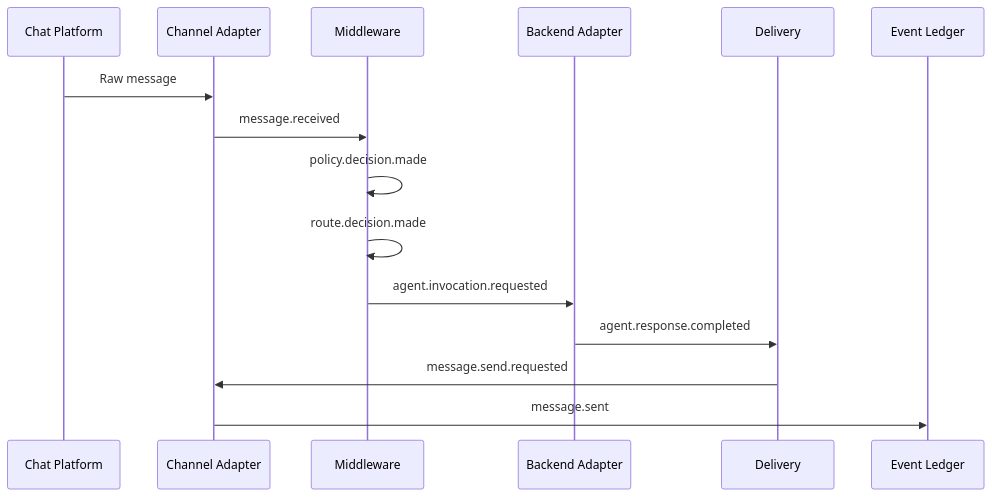
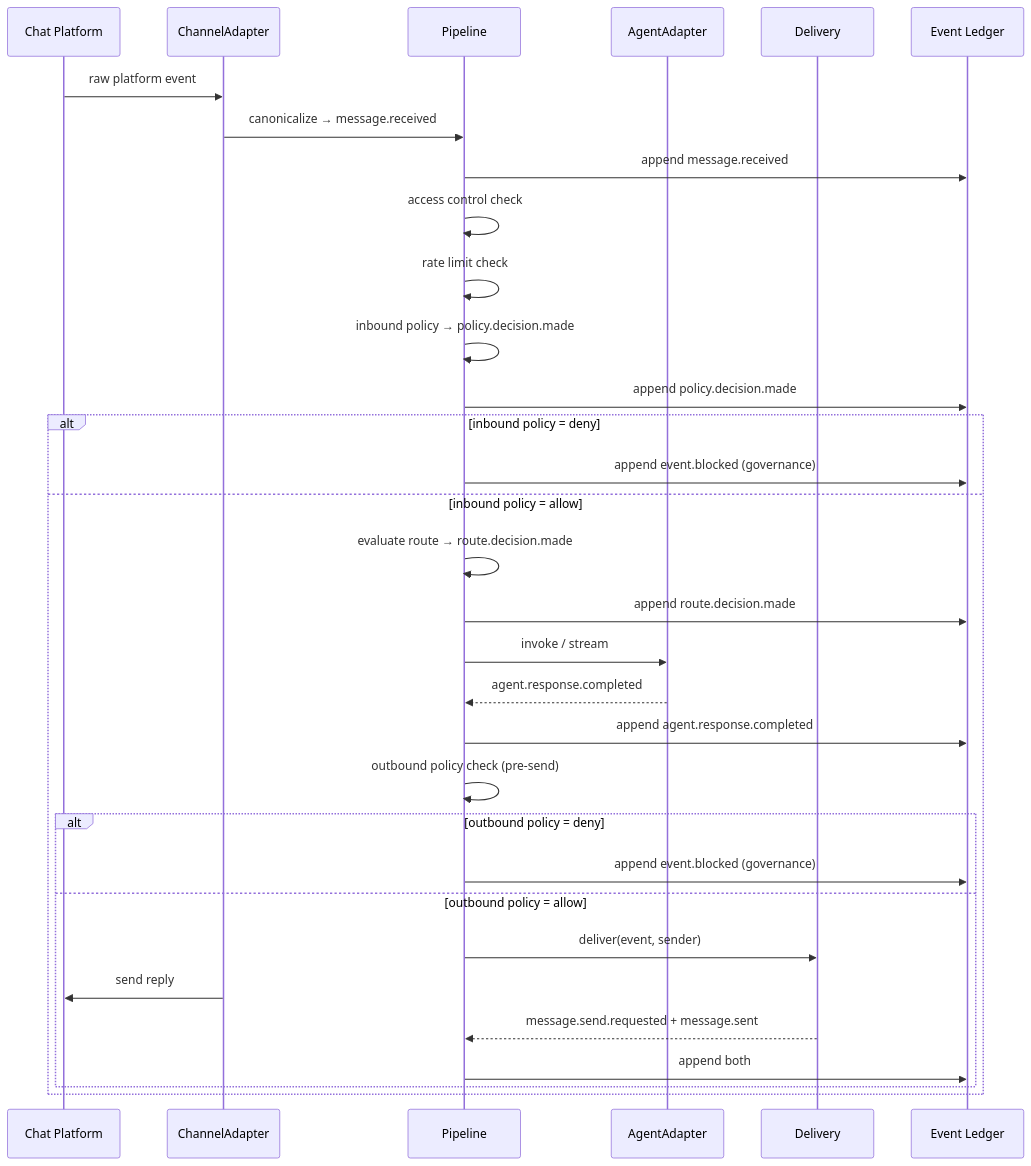
Before and after one commit to ChatAgentRelay/ChatAgentRelay: the fourth of 12 diagrams in docs/architecture.md, drawn with Mermaid. The commit also changed other lines of this file and 77 other files, not shown here.

````diff
--- a/docs/architecture.md
+++ b/docs/architecture.md
@@ -55,18 +175,36 @@
 ```mermaid
 sequenceDiagram
-  participant CP as Chat Platform
-  participant CA as Channel Adapter
-  participant MW as Middleware
-  participant BE as Backend Adapter
+  participant User as Chat Platform
+  participant CA as ChannelAdapter
+  participant PL as Pipeline
+  participant Agent as AgentAdapter
   participant DL as Delivery
-  participant LG as Event Ledger
+  participant Ledger as Event Ledger
 
-  CP->>CA: Raw message
-  CA->>MW: message.received
-  MW->>MW: policy.decision.made
-  MW->>MW: route.decision.made
-  MW->>BE: agent.invocation.requested
-  BE->>DL: agent.response.completed
-  DL->>CA: message.send.requested
-  CA->>LG: message.sent
+  User->>CA: raw platform event
+  CA->>PL: canonicalize → message.received
+  PL->>Ledger: append message.received
+  PL->>PL: access control check
+  PL->>PL: rate limit check
+  PL->>PL: inbound policy → policy.decision.made
+  PL->>Ledger: append policy.decision.made
+
+  alt inbound policy = deny
+    PL->>Ledger: append event.blocked (governance)
+  else inbound policy = allow
+    PL->>PL: evaluate route → route.decision.made
+    PL->>Ledger: append route.decision.made
+    PL->>Agent: invoke / stream
+    Agent-->>PL: agent.response.completed
+    PL->>Ledger: append agent.response.completed
+    PL->>PL: outbound policy check (pre-send)
+    alt outbound policy = deny
+      PL->>Ledger: append event.blocked (governance)
+    else outbound policy = allow
+      PL->>DL: deliver(event, sender)
+      CA->>User: send reply
+      DL-->>PL: message.send.requested + message.sent
+      PL->>Ledger: append both
+    end
+  end
 ```
````
